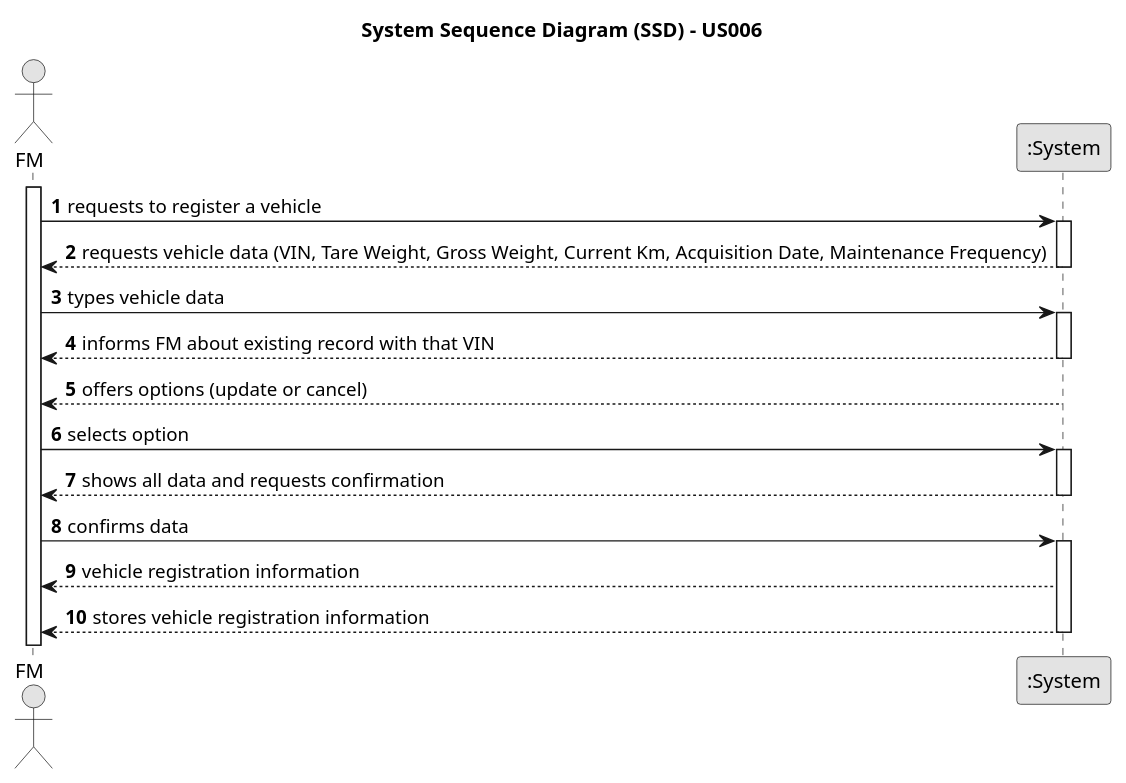
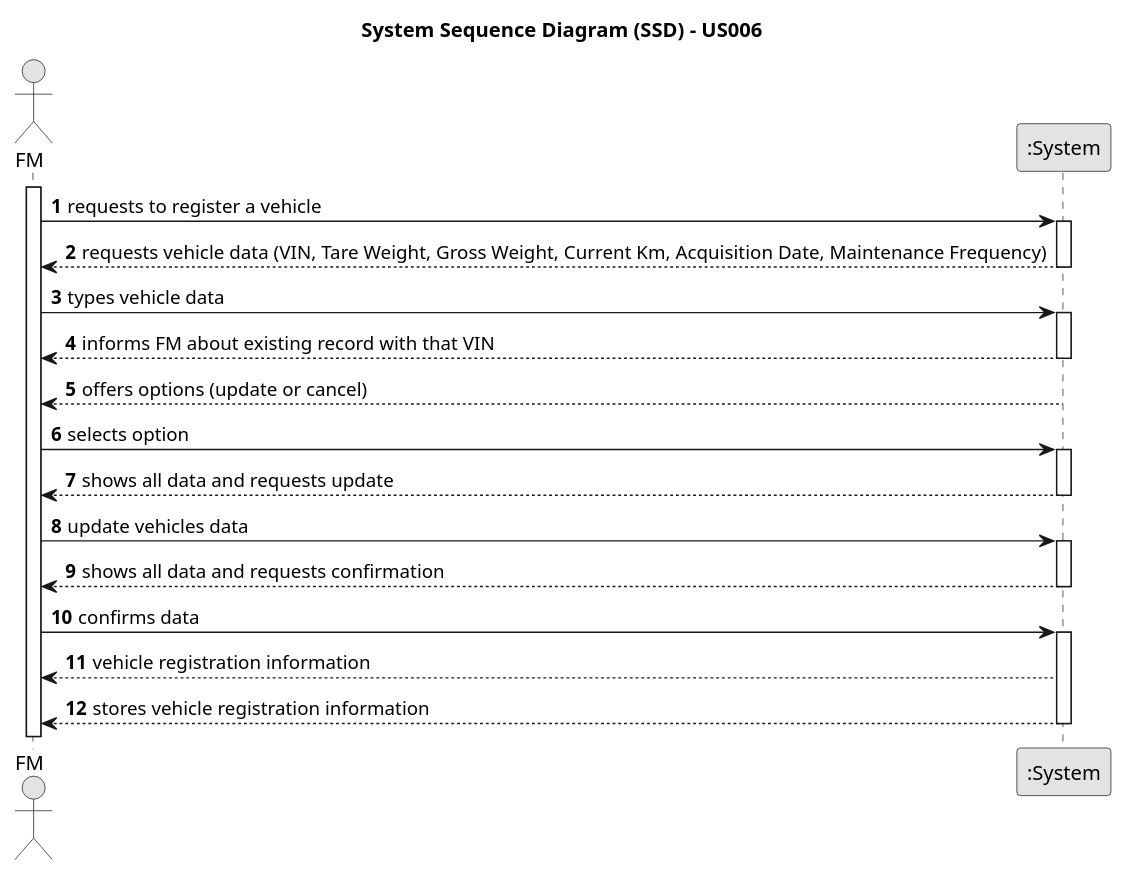
One commit to ricardomm7/leaflink changed the diagram in docs/sprintA/us006/01.requirements-engineering/puml/us006-system-sequence-diagram-alternative-two.puml. Above: the diagram before and after it, drawn with PlantUML.

Commit message:
Complete the diagram alternative two and generate svg diagrams

```diff
--- a/docs/sprintA/us006/01.requirements-engineering/puml/us006-system-sequence-diagram-alternative-two.puml
+++ b/docs/sprintA/us006/01.requirements-engineering/puml/us006-system-sequence-diagram-alternative-two.puml
@@ -1,43 +1,51 @@
 @startuml
 skinparam monochrome true
 skinparam packageStyle rectangle
 skinparam shadowing false
 
 title System Sequence Diagram (SSD) - US006
 
 autonumber
 
 actor "FM" as FM
 participant ":System" as System
 
 activate FM
 
     FM -> System : requests to register a vehicle
     activate System
 
         System --> FM : requests vehicle data (VIN, Tare Weight, Gross Weight, Current Km, Acquisition Date, Maintenance Frequency)
     deactivate System
 
     FM -> System : types vehicle data
     activate System
 
         System --> FM : informs FM about existing record with that VIN
     deactivate System
 
     System --> FM : offers options (update or cancel)
         deactivate System
 
     FM -> System : selects option
         activate System
 
-        System --> FM : shows all data and requests confirmation
+        System --> FM : shows all data and requests update
+    deactivate System
+
+    FM -> System : update vehicles data
+    activate System
+
+    System --> FM : shows all data and requests confirmation
     deactivate System
 
     FM -> System : confirms data
     activate System
 
-        System --> FM :  vehicle registration information
-        System --> FM : stores vehicle registration information
+    System --> FM :  vehicle registration information
+    System --> FM : stores vehicle registration information
     deactivate System
 
+
+
 @enduml
```
